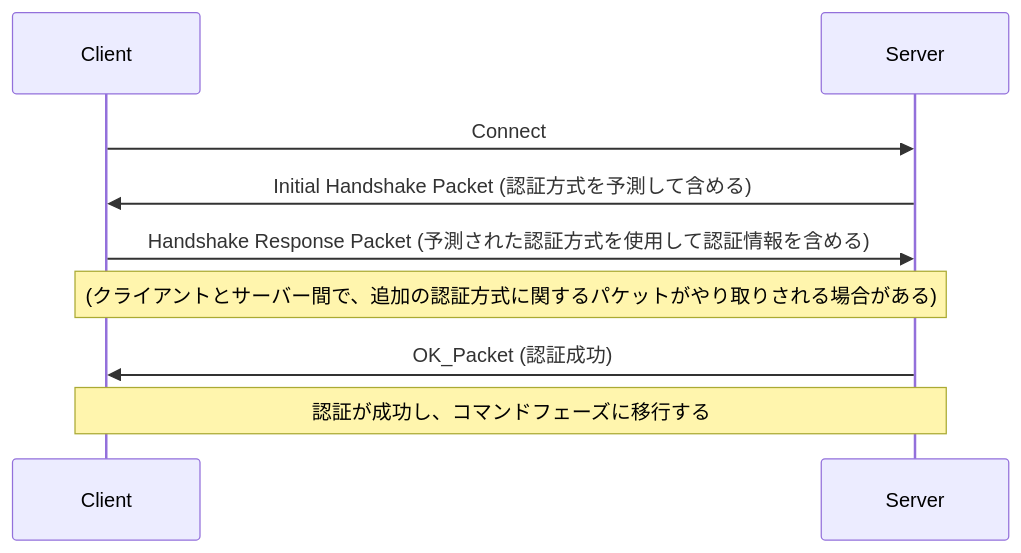
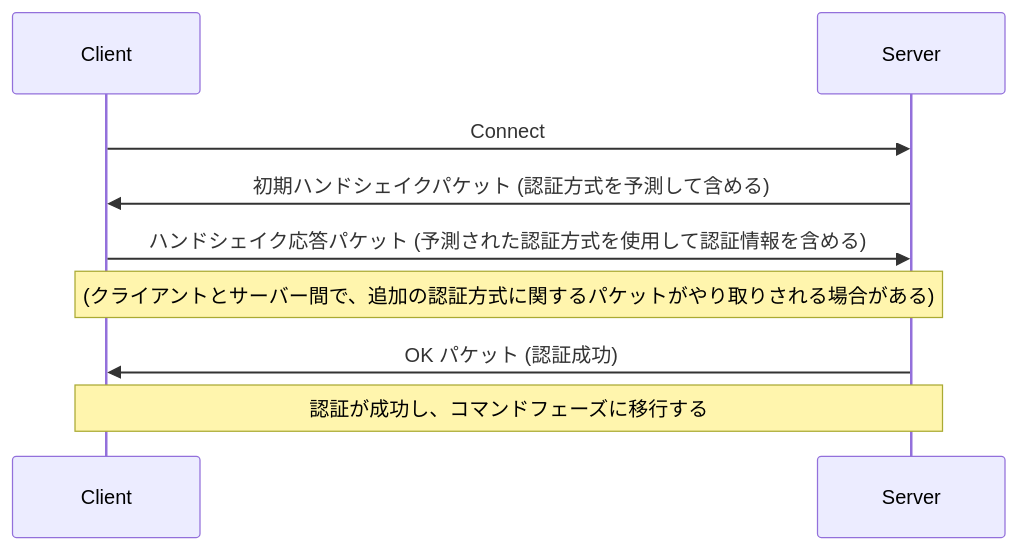
The fifth of 6 diagrams in docs/architecture/server/protocol/life-cycle.md (ren-yamanashi/minesql), drawn with Mermaid before and after one commit. The commit also changed other lines of this file and 1 other file, not shown here.

````diff
--- a/docs/architecture/server/protocol/life-cycle.md
+++ b/docs/architecture/server/protocol/life-cycle.md
@@ -121,9 +120,9 @@
 ```mermaid
 sequenceDiagram
 Client->>Server: Connect
-Server->>Client: Initial Handshake Packet (認証方式を予測して含める)
-Client->>Server: Handshake Response Packet (予測された認証方式を使用して認証情報を含める)
+Server->>Client: 初期ハンドシェイクパケット (認証方式を予測して含める)
+Client->>Server: ハンドシェイク応答パケット (予測された認証方式を使用して認証情報を含める)
 Note over Client,Server: (クライアントとサーバー間で、追加の認証方式に関するパケットがやり取りされる場合がある)
-Server->>Client: OK_Packet (認証成功)
+Server->>Client: OK パケット (認証成功)
 Note over Client,Server: 認証が成功し、コマンドフェーズに移行する
 ```
````
